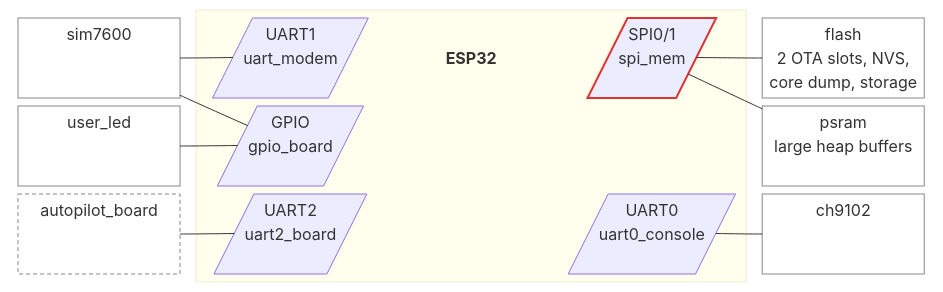
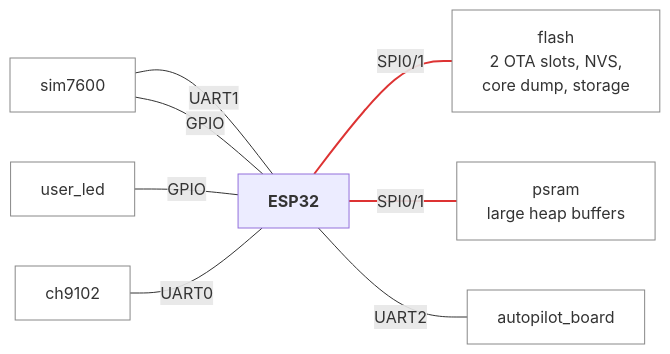
The second of 4 diagrams in examples/gateway/diagrams.md (jRmx0/esp-architecture), drawn with Mermaid before and after one commit. The commit also changed other lines of this file and 6 other files, not shown here.

Commit message:
Block level 1: hardware block diagram, devices joined to the processor by labelled lines; drop planned

````diff
--- a/examples/gateway/diagrams.md
+++ b/examples/gateway/diagrams.md
@@ -29,45 +29,20 @@
 ```mermaid
-block-beta
-  columns 5
-  block:left
-    columns 1
-    n_sim7600["sim7600<br/>&nbsp;<br/>&nbsp;"]
-    n_user_led["user_led<br/>&nbsp;<br/>&nbsp;"]
-    n_autopilot_board["autopilot_board<br/>&nbsp;<br/>&nbsp;"]
-  end
-  block:chip:3
-    columns 3
-    n_uart_modem[/"UART1<br/>uart_modem<br/>&nbsp;"/]
-    chip_title["<b>ESP32</b>"]
-    n_spi_mem[/"SPI0/1<br/>spi_mem<br/>&nbsp;"/]
-    n_gpio_board[/"GPIO<br/>gpio_board<br/>&nbsp;"/]
-    space
-    space
-    n_uart2_board[/"UART2<br/>uart2_board<br/>&nbsp;"/]
-    space
-    n_uart0_console[/"UART0<br/>uart0_console<br/>&nbsp;"/]
-  end
-  block:right
-    columns 1
-    n_flash["flash<br/>2 OTA slots, NVS,<br/>core dump, storage"]
-    n_psram["psram<br/>large heap buffers<br/>&nbsp;"]
-    n_ch9102["ch9102<br/>&nbsp;<br/>&nbsp;"]
-  end
-  style left fill:none,stroke:none
-  style right fill:none,stroke:none
-  n_uart_modem --- n_sim7600
-  n_gpio_board --- n_sim7600
-  n_gpio_board --- n_user_led
-  n_uart2_board --- n_autopilot_board
-  n_uart0_console --- n_ch9102
-  n_spi_mem --- n_flash
-  n_spi_mem --- n_psram
-  classDef title fill:none,stroke:none
+flowchart LR
+  cpu_box["<b>ESP32</b>"]
+  n_sim7600["sim7600"]
+  n_user_led["user_led"]
+  n_autopilot_board["autopilot_board"]
+  n_ch9102["ch9102"]
+  n_flash["flash<br/>2 OTA slots, NVS,<br/>core dump, storage"]
+  n_psram["psram<br/>large heap buffers"]
+  n_sim7600 ---|"UART1"| cpu_box
+  n_sim7600 ---|"GPIO"| cpu_box
+  n_user_led ---|"GPIO"| cpu_box
+  n_ch9102 ---|"UART0"| cpu_box
+  cpu_box ---|"SPI0/1"| n_flash
+  cpu_box ---|"SPI0/1"| n_psram
+  cpu_box ---|"UART2"| n_autopilot_board
   classDef device fill:none,stroke:#888
-  classDef planned fill:none,stroke:#888,stroke-dasharray:4 3
-  class chip_title title
-  class n_sim7600,n_user_led,n_ch9102,n_flash,n_psram device
-  class n_autopilot_board planned
-  classDef shared stroke:#d33,stroke-width:2px
-  class n_spi_mem shared
+  class n_sim7600,n_user_led,n_autopilot_board,n_ch9102,n_flash,n_psram device
+  linkStyle 4,5 stroke:#d33,stroke-width:2px
 ```
````
